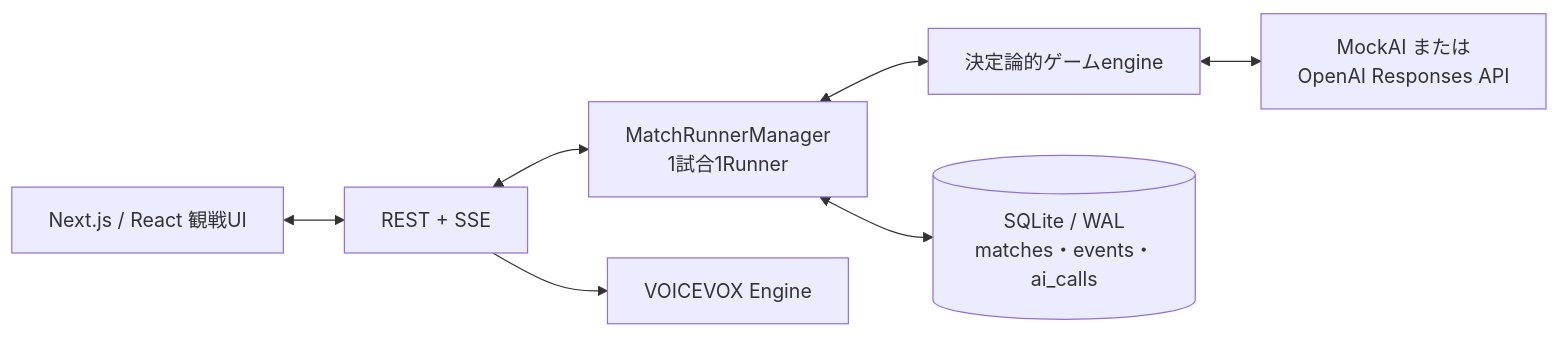
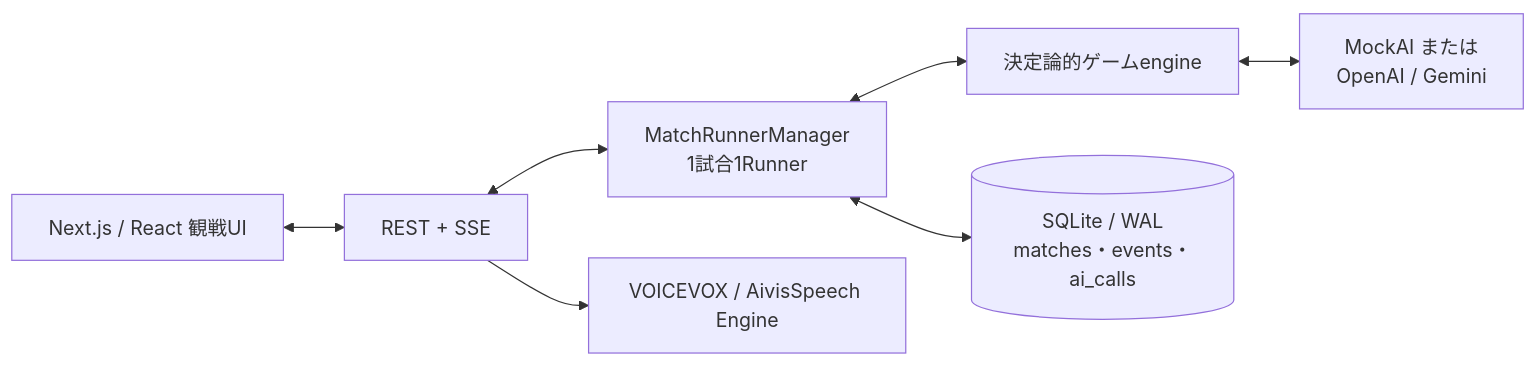
Before and after one commit to tegnike/ai-werewolf: the diagram in README.md, drawn with Mermaid. The commit also changed other lines of this file and 42 other files, not shown here.

````diff
--- a/README.md
+++ b/README.md
@@ -191,17 +207,17 @@
 ```mermaid
 flowchart LR
   Browser["Next.js / React 観戦UI"]
   API["REST + SSE"]
   Runner["MatchRunnerManager\n1試合1Runner"]
   Engine["決定論的ゲームengine"]
-  AI["MockAI または\nOpenAI Responses API"]
+  AI["MockAI または\nOpenAI / Gemini"]
   DB[("SQLite / WAL\nmatches・events・ai_calls")]
-  Voice["VOICEVOX Engine"]
+  Voice["VOICEVOX / AivisSpeech Engine"]
 
   Browser <--> API
   API <--> Runner
   Runner <--> Engine
   Engine <--> AI
   Runner <--> DB
   API --> Voice
 ```
````
